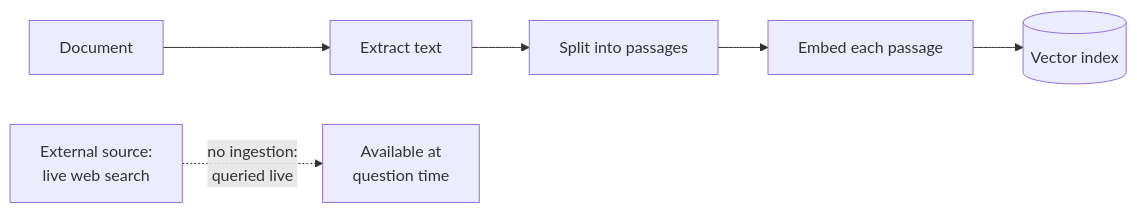
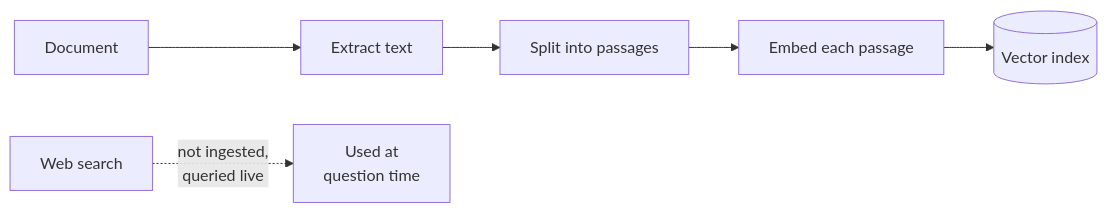
The first of 2 diagrams in app/demos/rag/crag/README.md (jjaaxx44/genai-personal-lab-rag), drawn with Mermaid before and after one commit. The commit also changed other lines of this file and 32 other files, not shown here.

````diff
--- a/app/demos/rag/crag/README.md
+++ b/app/demos/rag/crag/README.md
@@ -17,8 +9,8 @@
 ```mermaid
 flowchart LR
   A["Document"] --> B["Extract text"]
   B --> C["Split into passages"]
   C --> D["Embed each passage"]
   D --> E[("Vector index")]
-  W["External source:<br/>live web search"] -.->|"no ingestion:<br/>queried live"| F["Available at<br/>question time"]
+  W["Web search"] -.->|"not ingested,<br/>queried live"| F["Used at<br/>question time"]
 ```
````
